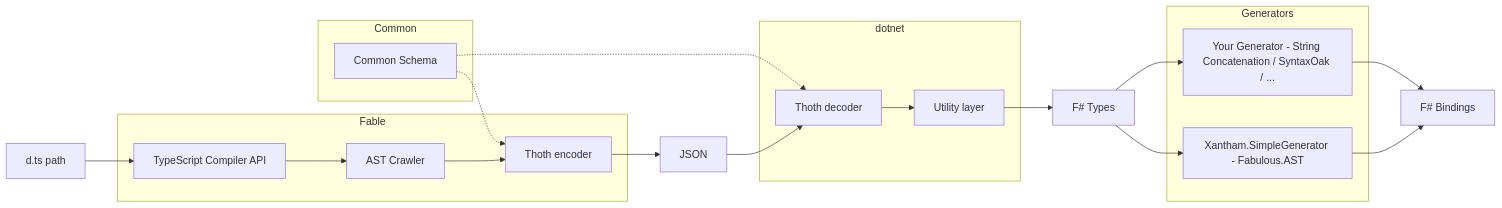
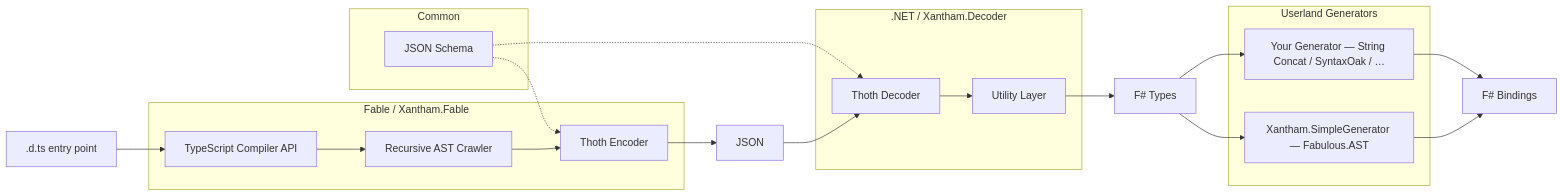
One commit to shayanhabibi/Xantham changed the second of 2 diagrams in docs/index.md. Above: the diagram before and after it, drawn with Mermaid. The commit also changed other lines of this file and 1 other file, not shown here.

```diff
--- a/docs/index.md
+++ b/docs/index.md
@@ -28,32 +47,32 @@
 <div class="mermaid">
 flowchart LR
-    input["d.ts path"] --> tsc
-    subgraph Fable
+    input[".d.ts entry point"] --> tsc
+    subgraph Fable / Xantham.Fable
         tsc["TypeScript Compiler API"]
-        crawler["AST Crawler"]
-        thoth_enc["Thoth encoder"]
+        crawler["Recursive AST Crawler"]
+        thoth_enc["Thoth Encoder"]
         tsc --> crawler
         crawler --> thoth_enc
     end
     subgraph Common
-        schema["Common Schema"]
+        schema["JSON Schema"]
     end
-    subgraph dotnet
-        thoth_dec["Thoth decoder"]
-        util["Utility layer"]
+    subgraph .NET / Xantham.Decoder
+        thoth_dec["Thoth Decoder"]
+        util["Utility Layer"]
         thoth_dec --> util
     end
-    subgraph Generators
-        gen1["Xantham.SimpleGenerator - Fabulous.AST"]
-        gen2["Your Generator - String Concatenation / SyntaxOak / ..."]
+    subgraph Userland Generators
+        gen1["Xantham.SimpleGenerator — Fabulous.AST"]
+        gen2["Your Generator — String Concat / SyntaxOak / …"]
     end
     schema -.-> thoth_enc
     schema -.-> thoth_dec
     thoth_enc --> json["JSON"]
     json --> thoth_dec
     util --> types["F# Types"]
     types --> gen1
     types --> gen2
     gen1 --> out["F# Bindings"]
     gen2 --> out
 </div>
```
